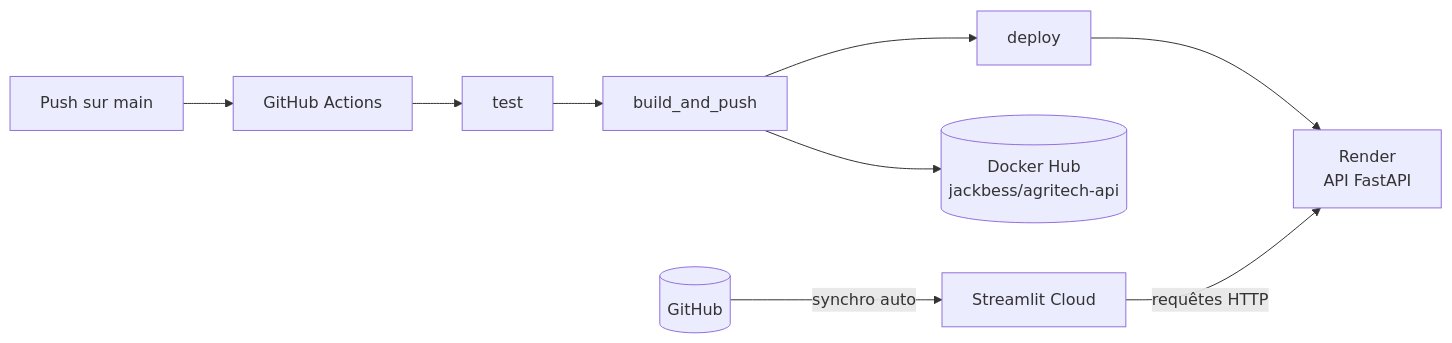
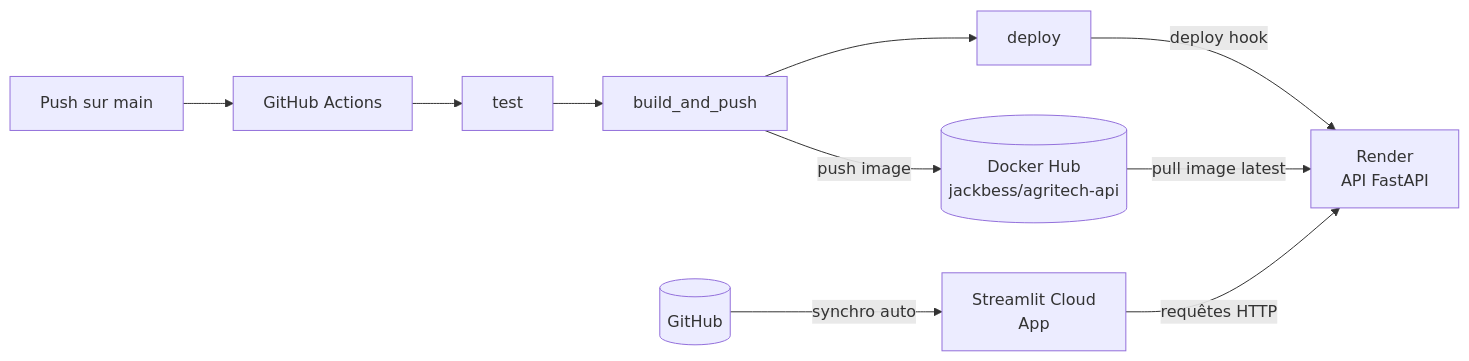
One commit to jackobess/OC_Projet12 changed the diagram in README.md. Above: the diagram before and after it, drawn with Mermaid. The commit also changed other lines of this file and 2 other files, not shown here.

Commit message:
rectif doc

````diff
--- a/README.md
+++ b/README.md
@@ -21,11 +21,12 @@
 ```mermaid
 flowchart LR
     A[Push sur main] --> B[GitHub Actions]
     B --> T[test]
     T --> BP[build_and_push]
+    BP -->|push image| H[(Docker Hub<br/>jackbess/agritech-api)]
     BP --> D[deploy]
-    BP --> H[(Docker Hub<br/>jackbess/agritech-api)]
-    D --> R[Render<br/>API FastAPI]
-    S[Streamlit Cloud] -->|requêtes HTTP| R
+    D -->|deploy hook| R[Render<br/>API FastAPI]
+    H -->|pull image latest| R
+    S[Streamlit Cloud<br/>App] -->|requêtes HTTP| R
     G[(GitHub)] -->|synchro auto| S
 ```
````
